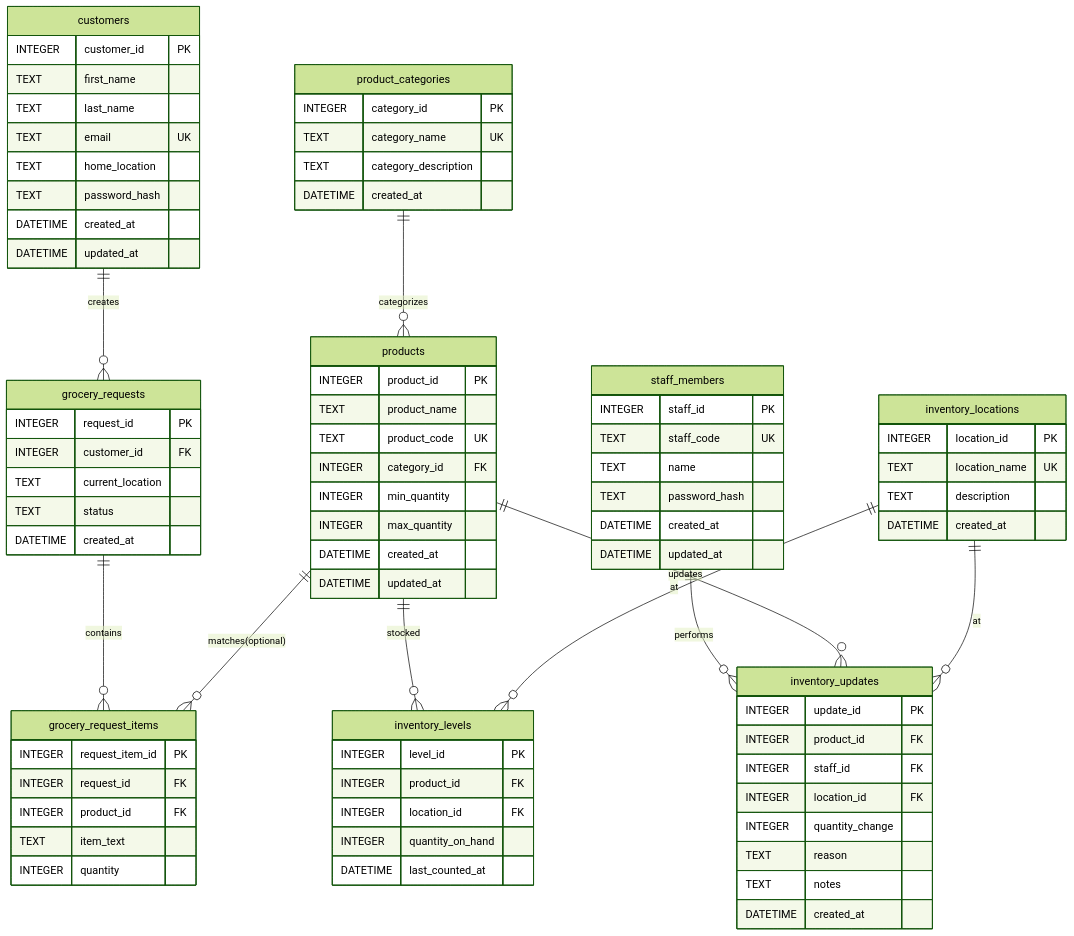
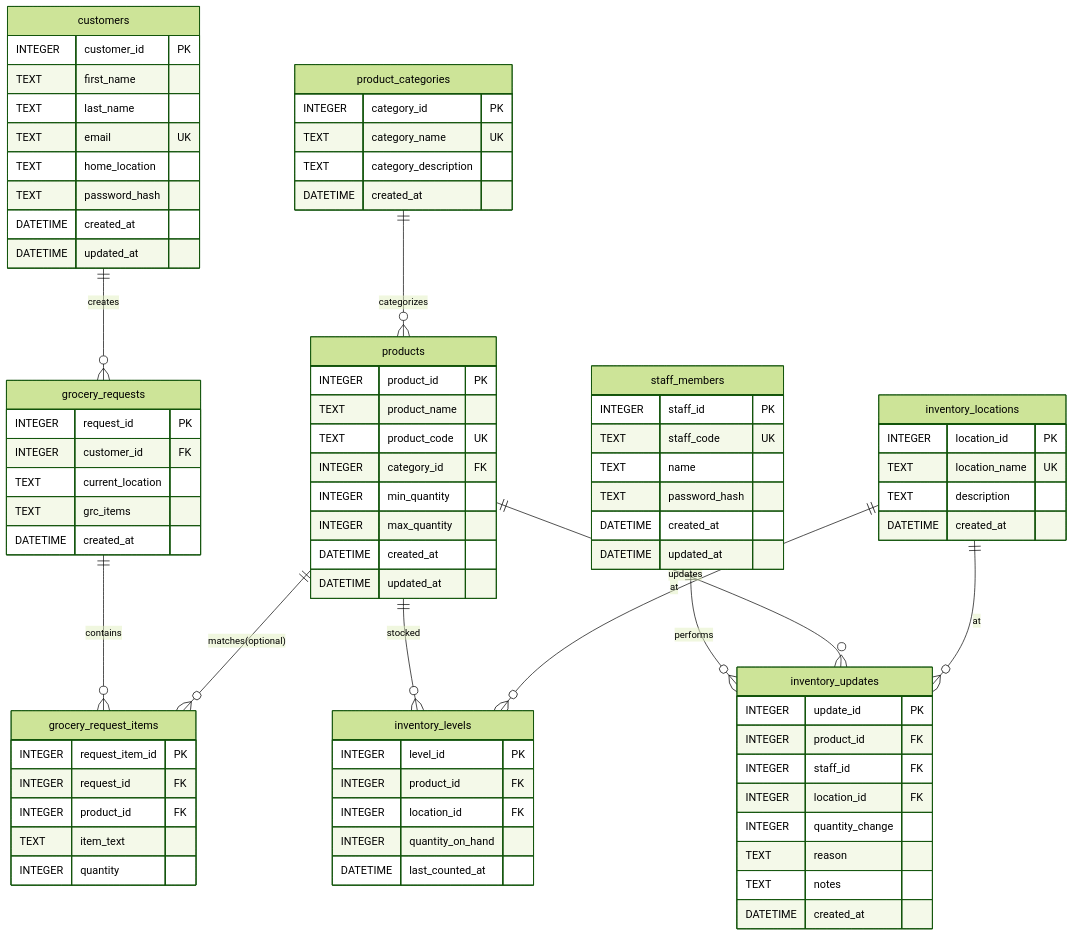
One commit to u21518727/BFB_Group_22_Final changed the diagram in README.md. Above: the diagram before and after it, drawn with Mermaid (forest theme).

Commit message:
Replace 'status' with 'grc_items' in grocery_requests

```diff
--- a/README.md
+++ b/README.md
@@ -100,7 +100,7 @@
         INTEGER request_id PK
         INTEGER customer_id FK
         TEXT current_location
-        TEXT status
+        TEXT grc_items
         DATETIME created_at
     }
 
```
